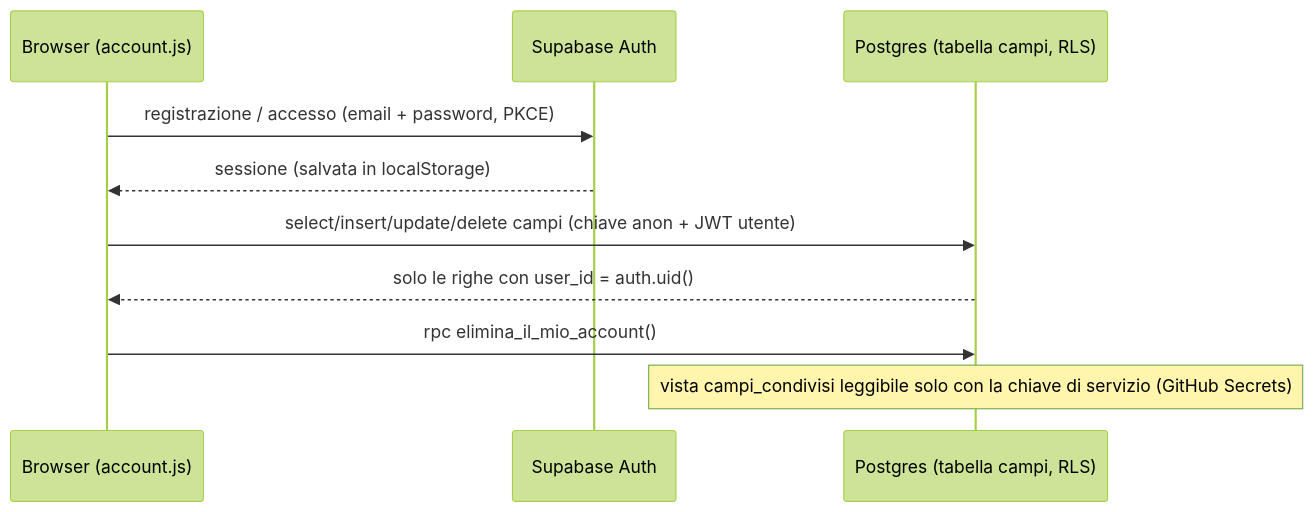
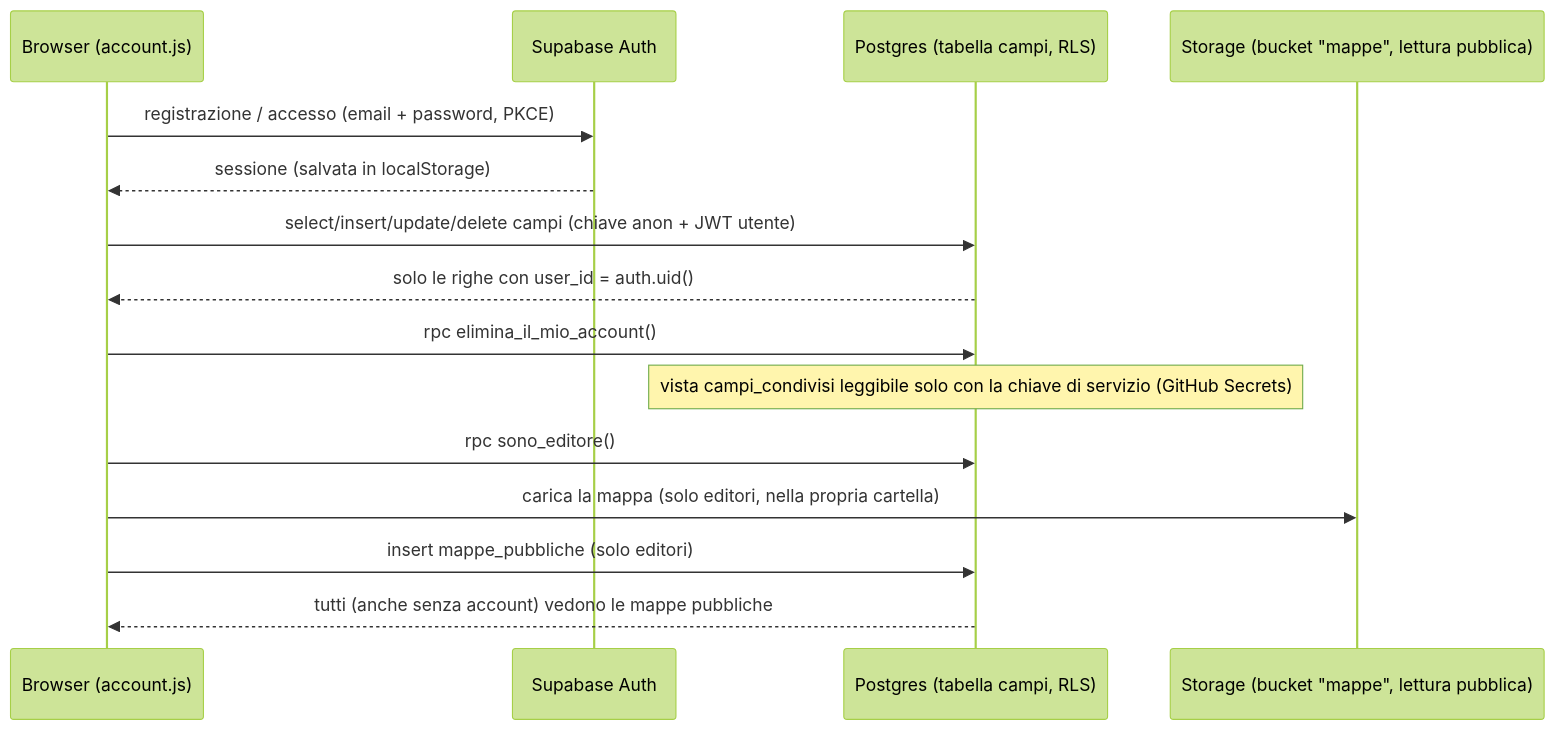
The fifth of 5 diagrams in docs/COME_FUNZIONA.md (francescorossi3/campi-aperti), drawn with Mermaid (forest theme) before and after one commit. The commit also changed other lines of this file and 2 other files, not shown here.

Commit message:
SUPABASE.md e docs: mappe pubbliche ed editori

````diff
--- a/docs/COME_FUNZIONA.md
+++ b/docs/COME_FUNZIONA.md
@@ -139,12 +139,17 @@
 ```mermaid
 sequenceDiagram
   participant U as Browser (account.js)
   participant S as Supabase Auth
   participant DB as Postgres (tabella campi, RLS)
   U->>S: registrazione / accesso (email + password, PKCE)
   S-->>U: sessione (salvata in localStorage)
   U->>DB: select/insert/update/delete campi (chiave anon + JWT utente)
   DB-->>U: solo le righe con user_id = auth.uid()
   U->>DB: rpc elimina_il_mio_account()
   Note over DB: vista campi_condivisi leggibile solo con la chiave di servizio (GitHub Secrets)
+  participant ST as Storage (bucket "mappe", lettura pubblica)
+  U->>DB: rpc sono_editore()
+  U->>ST: carica la mappa (solo editori, nella propria cartella)
+  U->>DB: insert mappe_pubbliche (solo editori)
+  DB-->>U: tutti (anche senza account) vedono le mappe pubbliche
 ```
````
